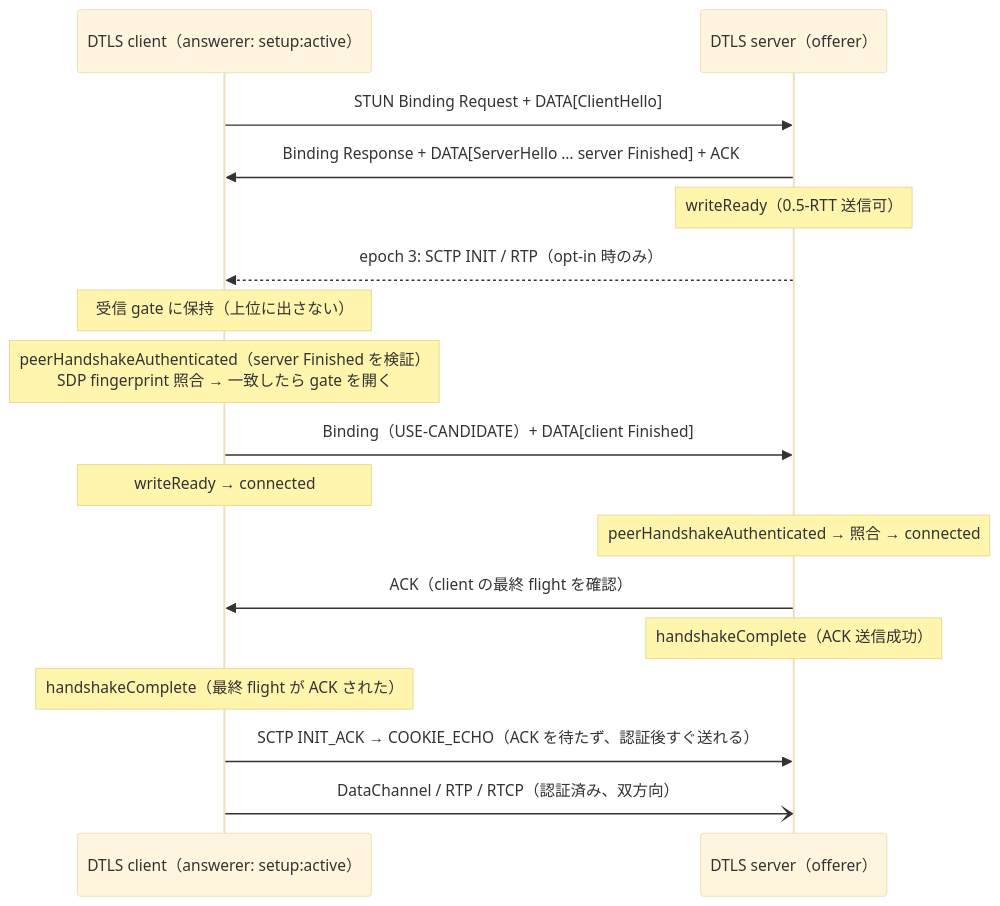
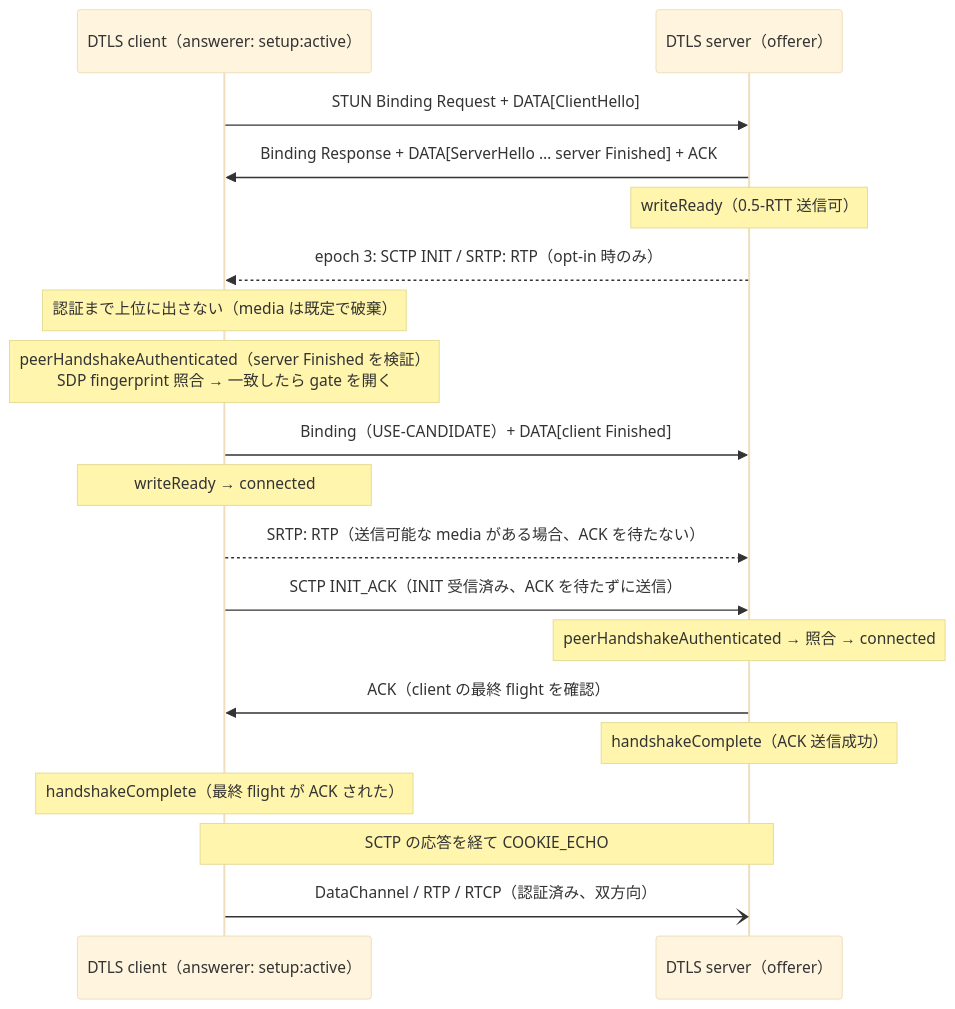
Before and after one commit to shinyoshiaki/werift-webrtc: the second of 8 diagrams in reviews/epic4-warp-rfc-review.md, drawn with Mermaid (base theme). The commit also changed other lines of this file, not shown here.

Commit message:
う

````diff
--- a/reviews/epic4-warp-rfc-review.md
+++ b/reviews/epic4-warp-rfc-review.md
@@ -45,19 +45,21 @@
 ```mermaid
 sequenceDiagram
   participant C as DTLS client（answerer: setup:active）
   participant S as DTLS server（offerer）
   C->>S: STUN Binding Request + DATA[ClientHello]
   S->>C: Binding Response + DATA[ServerHello … server Finished] + ACK
   Note over S: writeReady（0.5-RTT 送信可）
-  S-->>C: epoch 3: SCTP INIT / RTP（opt-in 時のみ）
-  Note over C: 受信 gate に保持（上位に出さない）
+  S-->>C: epoch 3: SCTP INIT / SRTP: RTP（opt-in 時のみ）
+  Note over C: 認証まで上位に出さない（media は既定で破棄）
   Note over C: peerHandshakeAuthenticated（server Finished を検証）<br/>SDP fingerprint 照合 → 一致したら gate を開く
   C->>S: Binding（USE-CANDIDATE）+ DATA[client Finished]
   Note over C: writeReady → connected
+  C-->>S: SRTP: RTP（送信可能な media がある場合、ACK を待たない）
+  C->>S: SCTP INIT_ACK（INIT 受信済み、ACK を待たずに送信）
   Note over S: peerHandshakeAuthenticated → 照合 → connected
   S->>C: ACK（client の最終 flight を確認）
   Note over S: handshakeComplete（ACK 送信成功）
   Note over C: handshakeComplete（最終 flight が ACK された）
-  C->>S: SCTP INIT_ACK → COOKIE_ECHO（ACK を待たず、認証後すぐ送れる）
+  Note over C,S: SCTP の応答を経て COOKIE_ECHO
   C-)S: DataChannel / RTP / RTCP（認証済み、双方向）
 ```
````
